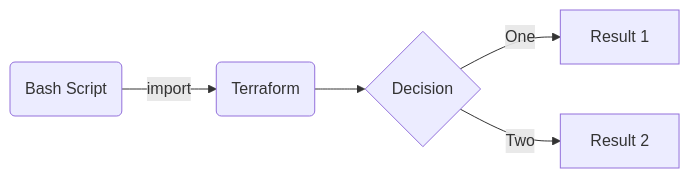
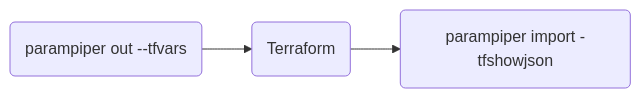
The second of 2 diagrams in README.md (cdalar/parampiper), drawn with Mermaid before and after one commit. The commit also changed other lines of this file, not shown here.

````diff
--- a/README.md
+++ b/README.md
@@ -12,8 +13,5 @@
 ```mermaid
 flowchart LR
+X(parampiper out --tfvars)--> A(Terraform) -->B(parampiper import -tfshowjson)
 
-A(Bash Script) -->|import| B(Terraform)
-B --> C{Decision}
-C -->|One| D[Result 1]
-C -->|Two| E[Result 2]
 ```
````
